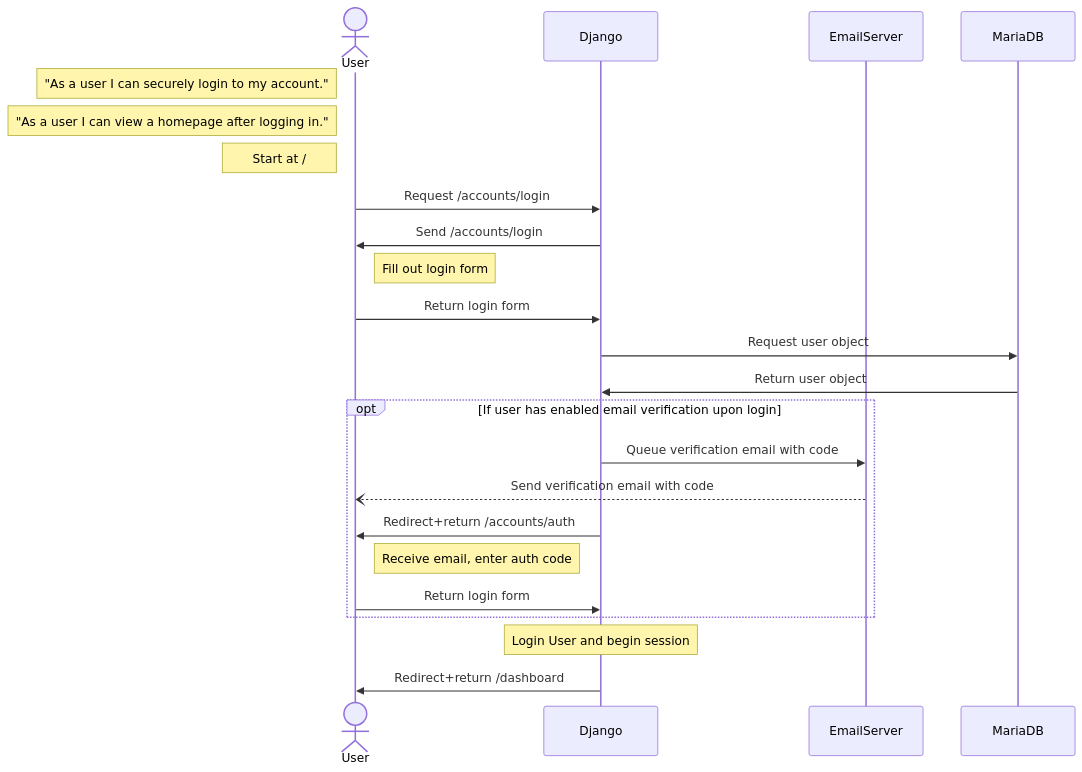
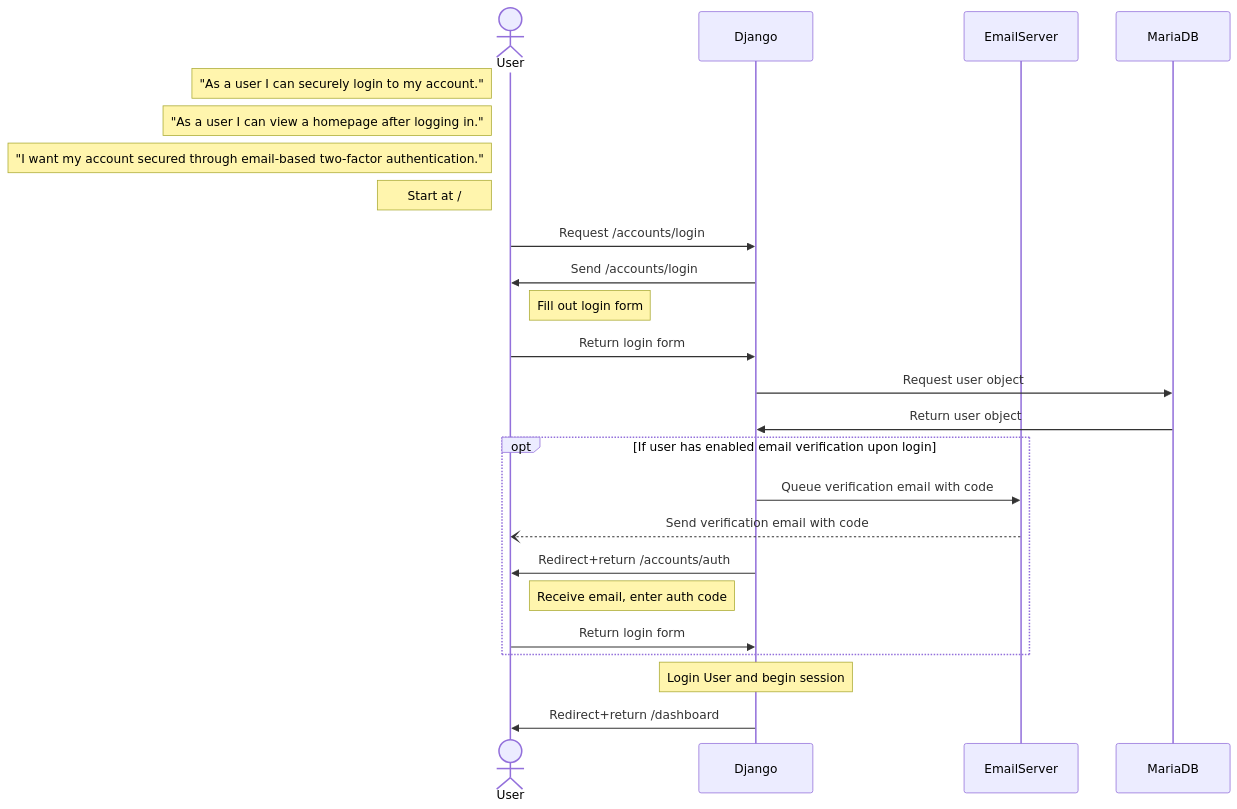
The diagram in docs/use_case_sequences/login.mermaid (familycrest/personal-finance-tracker), drawn with Mermaid before and after one commit. The commit also changed 1 other file, not shown here.

Commit message:
add use cases to login and signup diagram scopes

```diff
--- a/docs/use_case_sequences/login.mermaid
+++ b/docs/use_case_sequences/login.mermaid
@@ -1,33 +1,34 @@
 sequenceDiagram
     actor User
     participant Django
     participant EmailServer
     participant MariaDB
 
     Note left of User: "As a user I can securely login to my account."
     Note left of User: "As a user I can view a homepage after logging in."
+    Note left of User: "I want my account secured through email-based two-factor authentication."
     Note left of User: Start at /
     
     User->>Django: Request /accounts/login
     Django->>User: Send /accounts/login
     
     Note right of User: Fill out login form
     
     User->>Django: Return login form
     Django->>MariaDB: Request user object
     MariaDB->>Django: Return user object
 
     opt If user has enabled email verification upon login
         Django->>EmailServer: Queue verification email with code
         EmailServer--)User: Send verification email with code
         
         Django->>User: Redirect+return /accounts/auth
 
         Note right of User: Receive email, enter auth code
         
         User->>Django: Return login form
     end   
     
     Note over Django: Login User and begin session
 
     Django->>User: Redirect+return /dashboard
```
